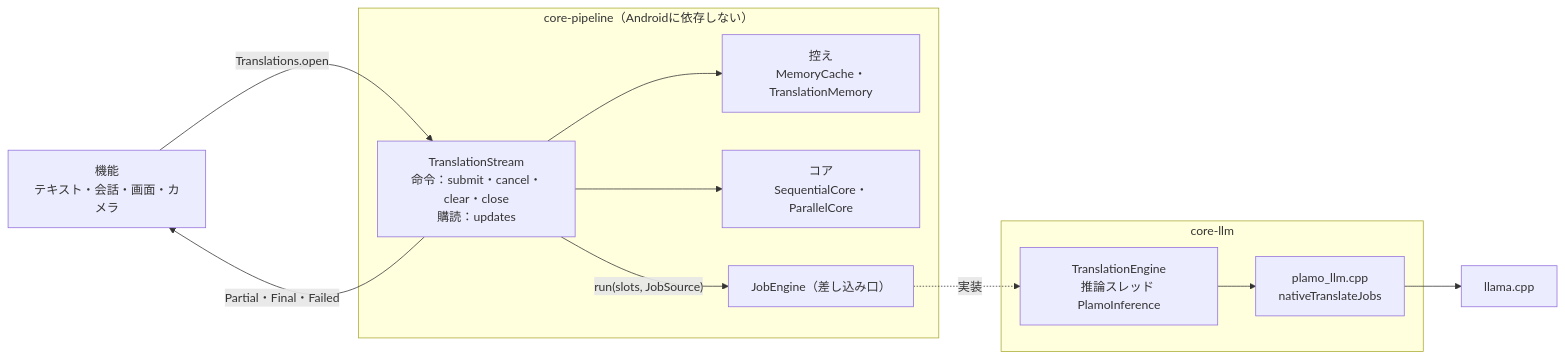
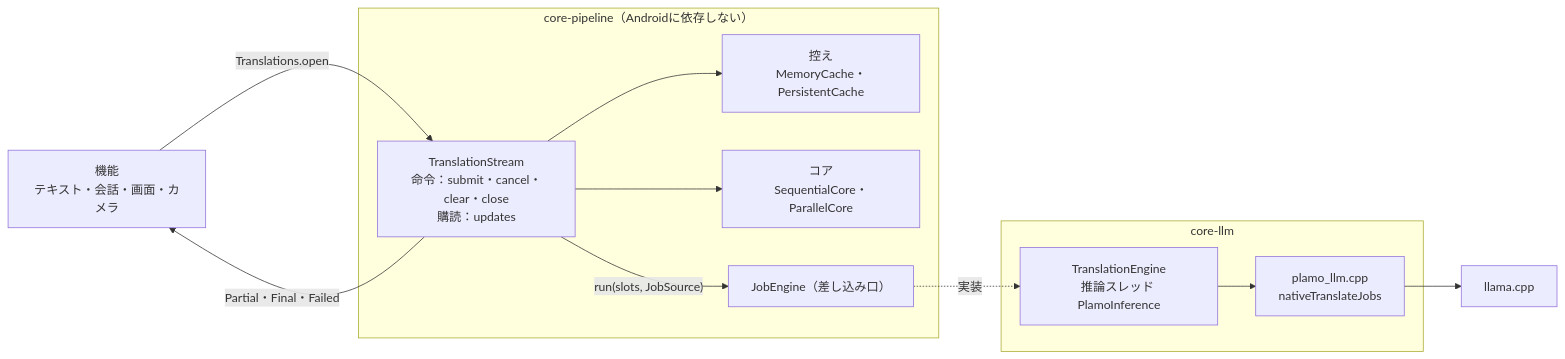
Before and after one commit to kagerouttepaso/PlamoTranslate: the diagram in docs/設計/翻訳コア.md, drawn with Mermaid. The commit also changed other lines of this file and 10 other files, not shown here.

````diff
--- a/docs/設計/翻訳コア.md
+++ b/docs/設計/翻訳コア.md
@@ -9,19 +9,19 @@
 ```mermaid
 flowchart LR
   F["機能<br>テキスト・会話・画面・カメラ"] -- "Translations.open" --> TS
   subgraph CP["core-pipeline（Androidに依存しない）"]
     TS["TranslationStream<br>命令：submit・cancel・clear・close<br>購読：updates"]
-    M["控え<br>MemoryCache・TranslationMemory"]
+    M["控え<br>MemoryCache・PersistentCache"]
     C["コア<br>SequentialCore・ParallelCore"]
     JE["JobEngine（差し込み口）"]
   end
   subgraph LL["core-llm"]
     TE["TranslationEngine<br>推論スレッド PlamoInference"]
     N["plamo_llm.cpp<br>nativeTranslateJobs"]
   end
   TS --> M
   TS --> C
   TS -- "run(slots, JobSource)" --> JE
   JE -. 実装 .-> TE --> N --> L["llama.cpp"]
   TS -- "Partial・Final・Failed" --> F
 ```
````
